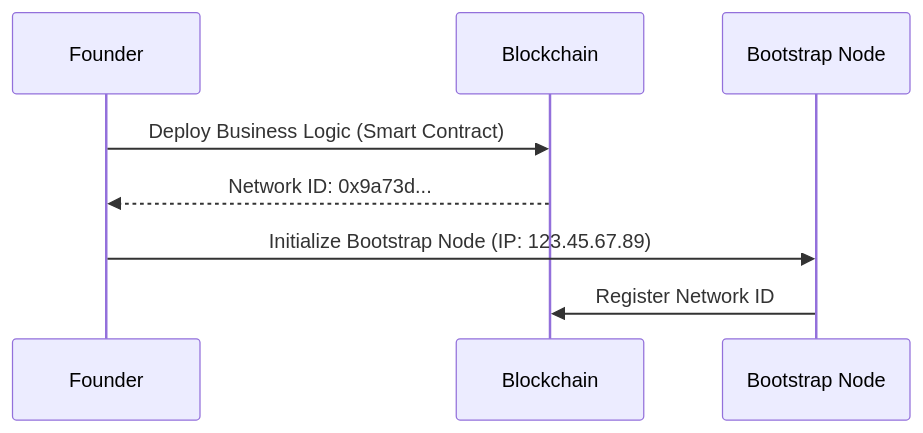
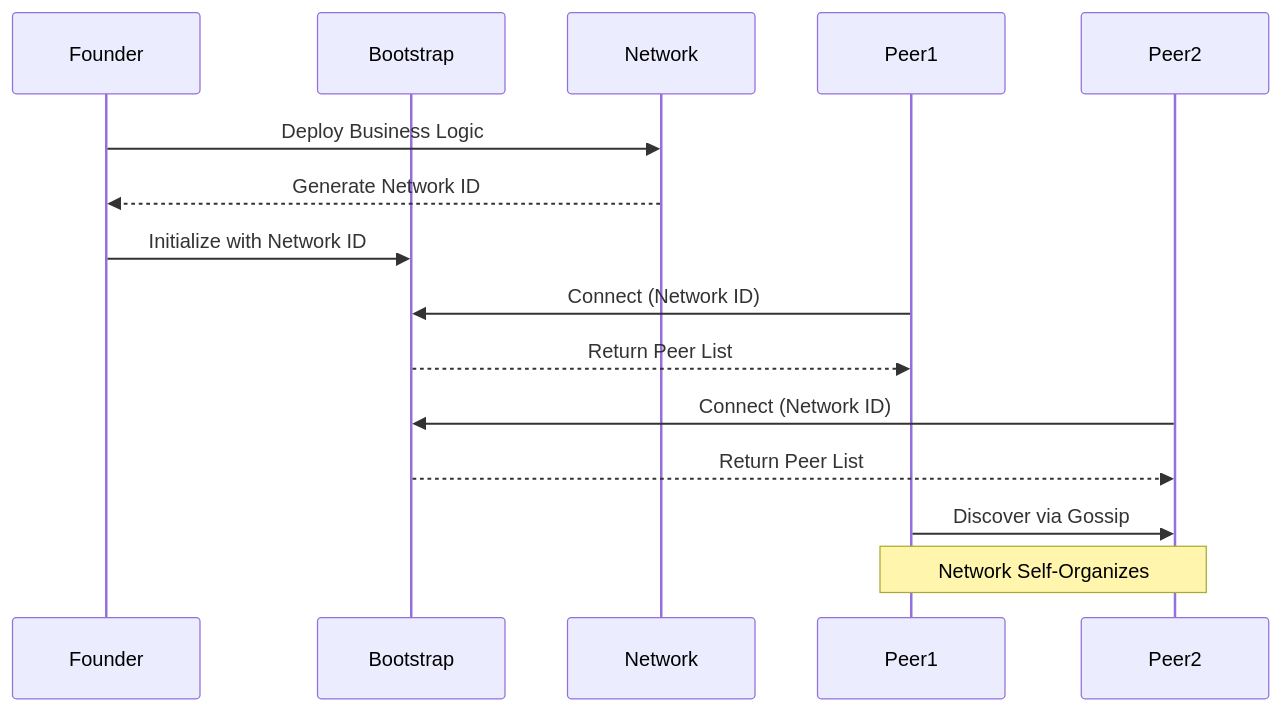
The second of 9 diagrams in paper.md (amschel99/Mesh), drawn with Mermaid before and after one commit. The commit also changed other lines of this file, not shown here.

````diff
--- a/paper.md
+++ b/paper.md
@@ -44,11 +76,22 @@
 ```mermaid
 sequenceDiagram
-    participant A as Founder
-    participant B as Blockchain
-    participant C as Bootstrap Node
+    participant Founder
+    participant Bootstrap
+    participant Network
+    participant Peer1
+    participant Peer2
 
-    A->>B: Deploy Business Logic (Smart Contract)
-    B-->>A: Network ID: 0x9a73d...
-    A->>C: Initialize Bootstrap Node (IP: 123.45.67.89)
-    C->>B: Register Network ID
+    Founder->>Network: Deploy Business Logic
+    Network-->>Founder: Generate Network ID
+    Founder->>Bootstrap: Initialize with Network ID
+
+    Peer1->>Bootstrap: Connect (Network ID)
+    Bootstrap-->>Peer1: Return Peer List
+
+    Peer2->>Bootstrap: Connect (Network ID)
+    Bootstrap-->>Peer2: Return Peer List
+
+    Peer1->>Peer2: Discover via Gossip
+
+    Note over Peer1,Peer2: Network Self-Organizes
 ```
````
